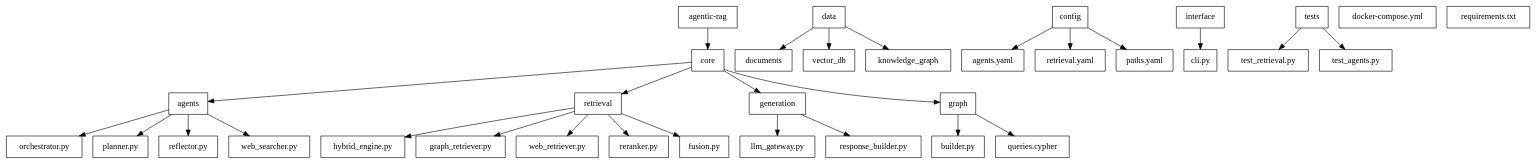
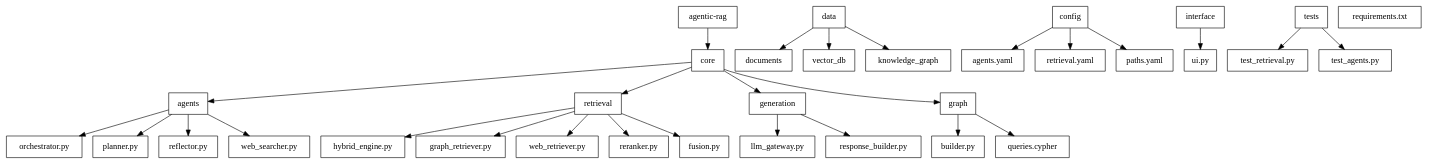
One commit to PranavGovindu/Self-Corrective-Agentic-RAG changed the diagram in structure.dot. Above: the diagram before and after it, drawn with Graphviz. The commit also changed 1 other file, not shown here.

```diff
--- a/structure.dot
+++ b/structure.dot
@@ -1,33 +1,32 @@
 digraph G {
     node [shape=box];
 
     "agentic-rag" -> "core";
     "core" -> "agents";
     "core" -> "retrieval";
     "core" -> "generation";
     "core" -> "graph";
     "agents" -> "orchestrator.py";
     "agents" -> "planner.py";
     "agents" -> "reflector.py";
     "agents" -> "web_searcher.py";
     "retrieval" -> "hybrid_engine.py";
     "retrieval" -> "graph_retriever.py";
     "retrieval" -> "web_retriever.py";
     "retrieval" -> "reranker.py";
     "retrieval" -> "fusion.py";
     "generation" -> "llm_gateway.py";
     "generation" -> "response_builder.py";
     "graph" -> "builder.py";
     "graph" -> "queries.cypher";
     "data" -> "documents";
     "data" -> "vector_db";
     "data" -> "knowledge_graph";
     "config" -> "agents.yaml";
     "config" -> "retrieval.yaml";
     "config" -> "paths.yaml";
-    "interface" -> "cli.py";
+    "interface" -> "ui.py";
     "tests" -> "test_retrieval.py";
     "tests" -> "test_agents.py";
-    "docker-compose.yml";
     "requirements.txt";
 }
```
